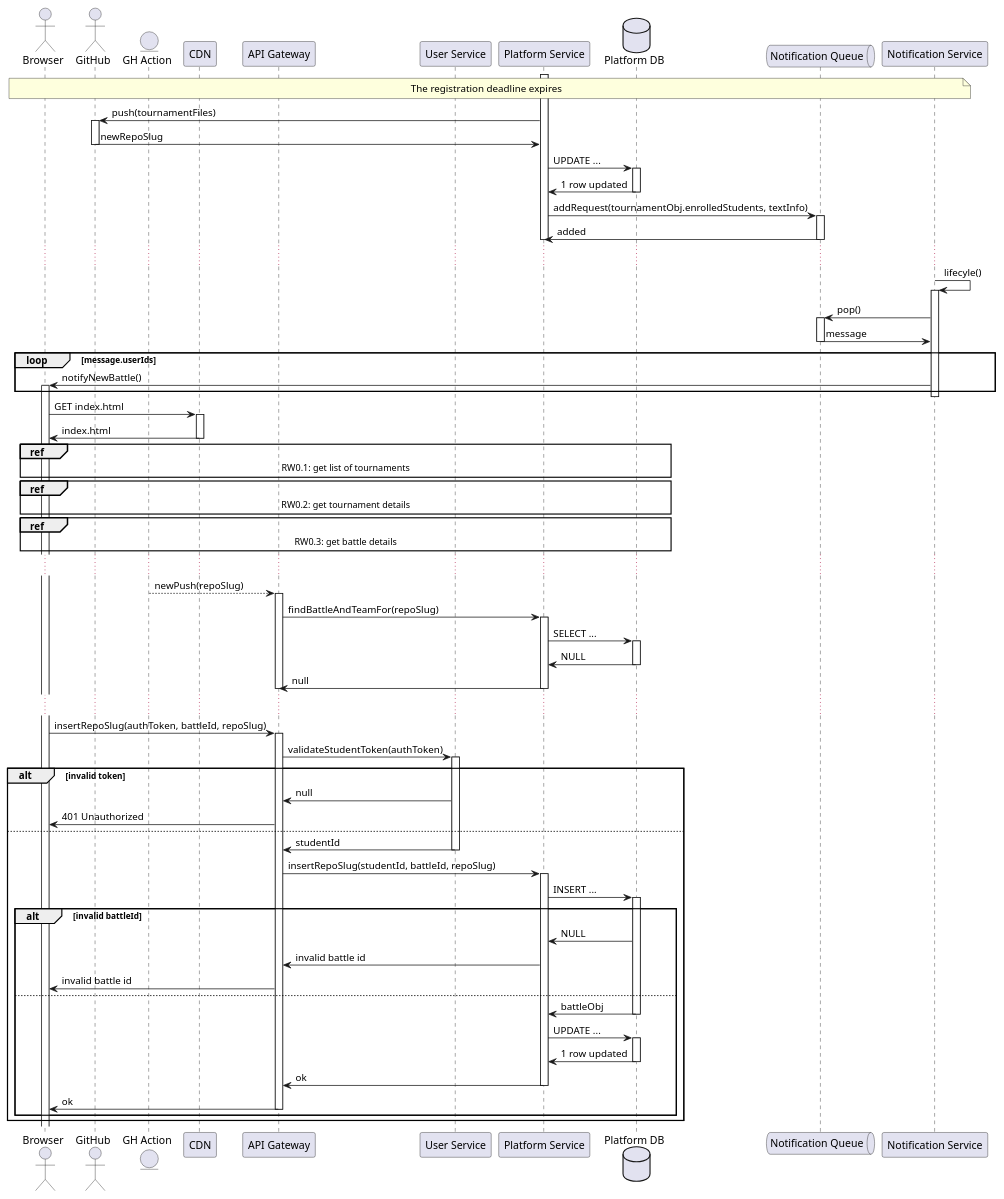
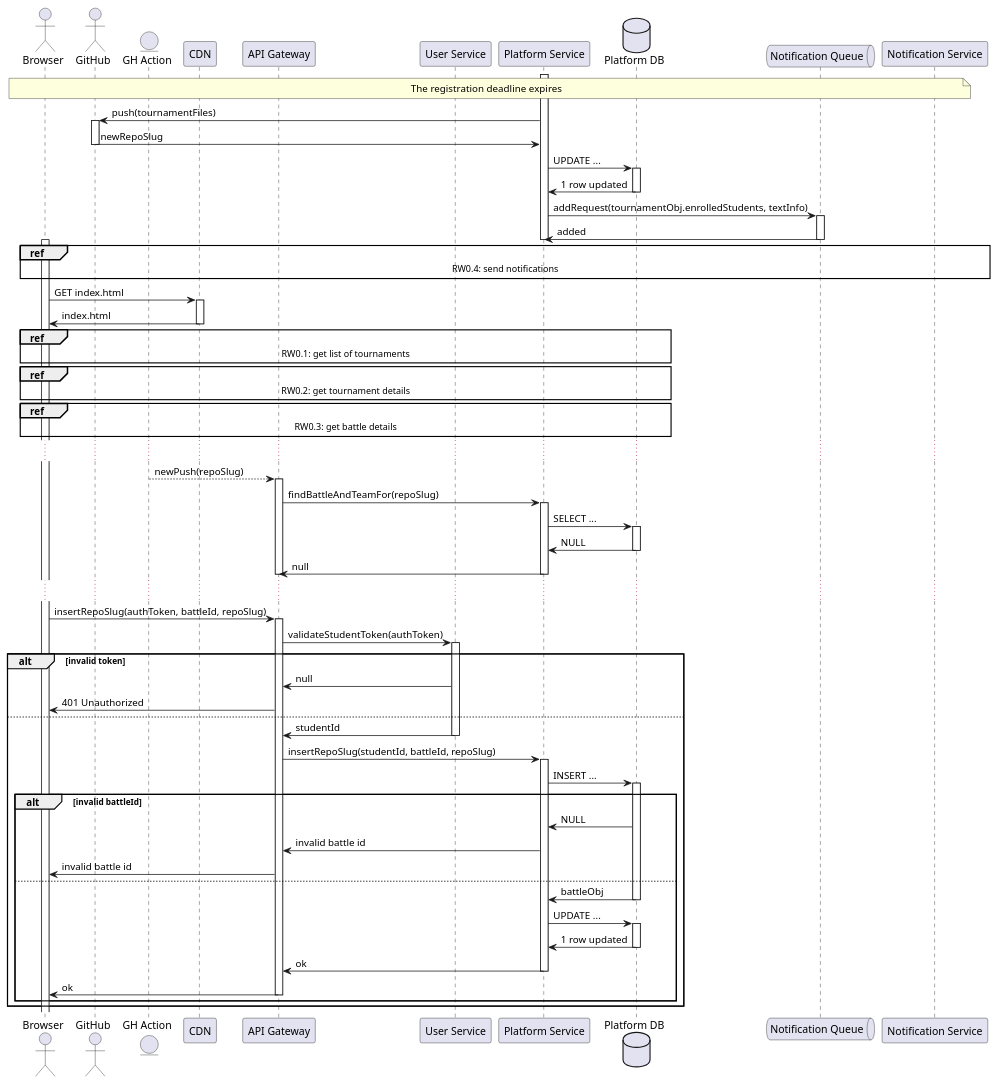
One commit to Furrrlo/CodeKataBattle changed the diagram in dd/puml/rw6.puml. Above: the diagram before and after it, drawn with PlantUML. The commit also changed 2 other files, not shown here.

```diff
--- a/dd/puml/rw6.puml
+++ b/dd/puml/rw6.puml
@@ -1,85 +1,77 @@
 @startuml RW9 - Educator closes a tournament
 
 actor Browser
 actor "GitHub" as gh
 entity "GH Action" as gha
 participant CDN
 participant "API Gateway" as gateway
 participant "User Service" as auth
 
 participant "Platform Service" as platform
 database "Platform DB" as platformDb
 
 participant "Platform Service" as platform
 database "Platform DB" as platformDb
 
 queue  "Notification Queue" as notificationQueue
 participant "Notification Service" as notification
 
 note across: The registration deadline expires
 
 activate platform
 platform -> gh ++ : push(tournamentFiles)
 platform <- gh -- : newRepoSlug
 platform -> platformDb ++ : UPDATE ...
 platform <- platformDb -- : 1 row updated
 
 platform -> notificationQueue ++ : addRequest(tournamentObj.enrolledStudents, textInfo)
 platform <- notificationQueue --: added
 
 deactivate platform
+activate Browser
 
-...
-notification -> notification ++ : lifecyle()
-notification -> notificationQueue ++: pop()
-notification <- notificationQueue --: message
-
-loop message.userIds
-    notification -> Browser ++: notifyNewBattle()
-end
-deactivate notification
-
-activate Browser
+ref over Browser, gateway, auth, platform, platformDb, notificationQueue, notification: RW0.4: send notifications
+ 
 Browser -> CDN ++ : GET index.html
 Browser <- CDN -- : index.html
 
 ref over Browser, gateway, auth, platform, platformDb: RW0.1: get list of tournaments
 ref over Browser, gateway, auth, platform, platformDb: RW0.2: get tournament details
 ref over Browser, gateway, auth, platform, platformDb: RW0.3: get battle details
 
 ...
 gha --> gateway ++ : newPush(repoSlug)
 gateway -> platform ++ : findBattleAndTeamFor(repoSlug)
 platform -> platformDb ++ : SELECT ...  
 platform <- platformDb -- : NULL
 gateway <- platform -- : null
 deactivate gateway
 ...
 
 Browser -> gateway ++ : insertRepoSlug(authToken, battleId, repoSlug)
 gateway -> auth ++ : validateStudentToken(authToken)
 alt invalid token
     gateway <- auth : null
     Browser <- gateway : 401 Unauthorized
 else
     gateway <- auth -- : studentId
     gateway -> platform ++ : insertRepoSlug(studentId, battleId, repoSlug)
 
     platform -> platformDb ++ : INSERT ...
 
     alt invalid battleId
         platform <- platformDb : NULL
         gateway <- platform : invalid battle id
         Browser <- gateway : invalid battle id
     else
         platform <- platformDb -- : battleObj
         platform -> platformDb ++ : UPDATE ...
         platform <- platformDb -- : 1 row updated
 
         gateway <- platform -- : ok
         Browser <- gateway -- : ok
     end
 end
 
 
 @enduml
```
